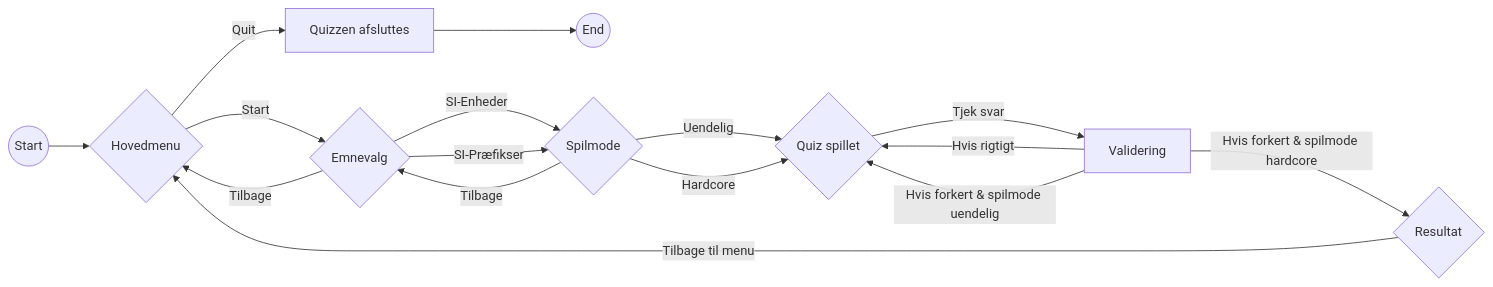
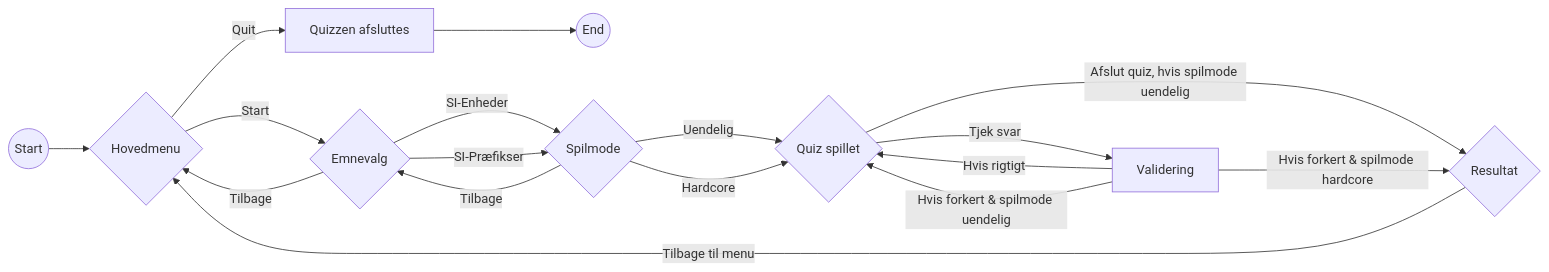
Before and after one commit to mjdvisualz/fysik-quiz-app: the diagram in README.md, drawn with Mermaid. The commit also changed other lines of this file, not shown here.

````diff
--- a/README.md
+++ b/README.md
@@ -16,20 +16,21 @@
 ```mermaid
 graph LR
     A((Start)) --> B{Hovedmenu}
     B -->|Start| C{Emnevalg}
     B -->|Quit| D[Quizzen afsluttes]
     D --> E((End))
     C --> |SI-Enheder| F{Spilmode}
     C --> |SI-Præfikser| F
     C --> |Tilbage| B
     F --> |Uendelig| G{Quiz spillet}
     F --> |Hardcore| G
     F --> |Tilbage| C
     G --> |Tjek svar| H[Validering]
+    G --> |Afslut quiz, hvis spilmode uendelig| I{Resultat}
     H --> |Hvis rigtigt| G
     H --> |Hvis forkert & spilmode uendelig| G
-    H --> |Hvis forkert & spilmode hardcore| I{Resultat}
+    H --> |Hvis forkert & spilmode hardcore| I
     I --> |Tilbage til menu| B
     
 
 ```
````
